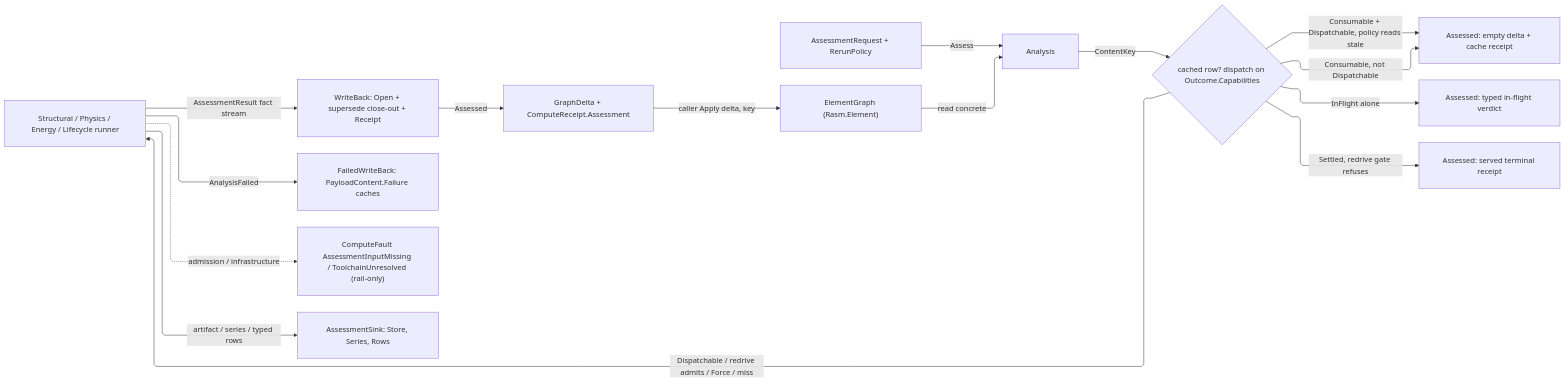
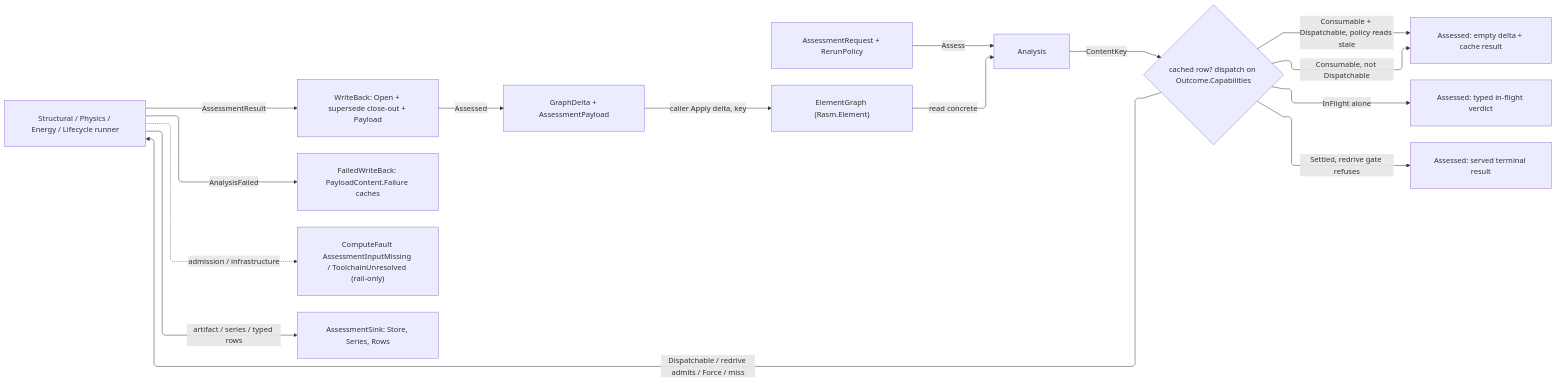
One commit to bsamiee/Rasm changed the diagram in libs/dotnet/Rasm.Compute/.planning/Analysis/dispatch.md. Above: the diagram before and after it, drawn with Mermaid. The commit also changed other lines of this file and 1417 other files, not shown here.

````diff
--- a/libs/dotnet/Rasm.Compute/.planning/Analysis/dispatch.md
+++ b/libs/dotnet/Rasm.Compute/.planning/Analysis/dispatch.md
@@ -441,26 +385,26 @@
 ```mermaid
 ---
 config:
   layout: elk
   flowchart:
     curve: linear
     padding: 25
 ---
 flowchart LR
     accTitle: Rasm.Compute assessment dispatch spine
-    accDescr: A polymorphic assessment request plus a rerun policy routes over the seam discipline to a discipline runner that reads the concrete element graph; the spine content-keys the input subgraph and route, dispatches on the cached node's own outcome capability set to return a cache-hit noop, a policy-gated stale read, a typed in-flight verdict, a redrive-gated retry, or a served terminal, else the runner folds its discipline-specific input into one uniform assessment-result fact stream and the spine opens one content-addressed assessment payload back into the graph attached to every target through the neutral assign edge with sub-kind assessment, returning one assessed value carrying the graph delta the caller applies and the compute-receipt the telemetry rail emits.
+    accDescr: A polymorphic assessment request and rerun policy route to a discipline runner over the concrete element graph. The spine content-keys the input and returns one Assessed value carrying the graph delta and AssessmentPayload.
     Request["AssessmentRequest + RerunPolicy"] -->|Assess| Analysis["Analysis"]
     Graph["ElementGraph (Rasm.Element)"] -->|read concrete| Analysis
     Analysis -->|ContentKey| Dedup{"cached row? dispatch on Outcome.Capabilities"}
-    Dedup -->|"Consumable, not Dispatchable"| Noop["Assessed: empty delta + cache receipt"]
+    Dedup -->|"Consumable, not Dispatchable"| Noop["Assessed: empty delta + cache result"]
     Dedup -->|"Consumable + Dispatchable, policy reads stale"| Noop
     Dedup -->|"InFlight alone"| InFlight["Assessed: typed in-flight verdict"]
-    Dedup -->|"Settled, redrive gate refuses"| Terminal["Assessed: served terminal receipt"]
+    Dedup -->|"Settled, redrive gate refuses"| Terminal["Assessed: served terminal result"]
     Dedup -->|"Dispatchable / redrive admits / Force / miss"| Runner["Structural / Physics / Energy / Lifecycle runner"]
-    Runner -->|AssessmentResult fact stream| WriteBack["WriteBack: Open + supersede close-out + Receipt"]
+    Runner -->|AssessmentResult| WriteBack["WriteBack: Open + supersede close-out + Payload"]
     Runner -->|AnalysisFailed| FailedWB["FailedWriteBack: PayloadContent.Failure caches"]
     Runner -.->|admission / infrastructure| Fault["ComputeFault AssessmentInputMissing / ToolchainUnresolved (rail-only)"]
     Runner -->|artifact / series / typed rows| Sink["AssessmentSink: Store, Series, Rows"]
-    WriteBack -->|Assessed| Out["GraphDelta + ComputeReceipt.Assessment"]
+    WriteBack -->|Assessed| Out["GraphDelta + AssessmentPayload"]
     Out -->|caller Apply delta, key| Graph
 ```
````
